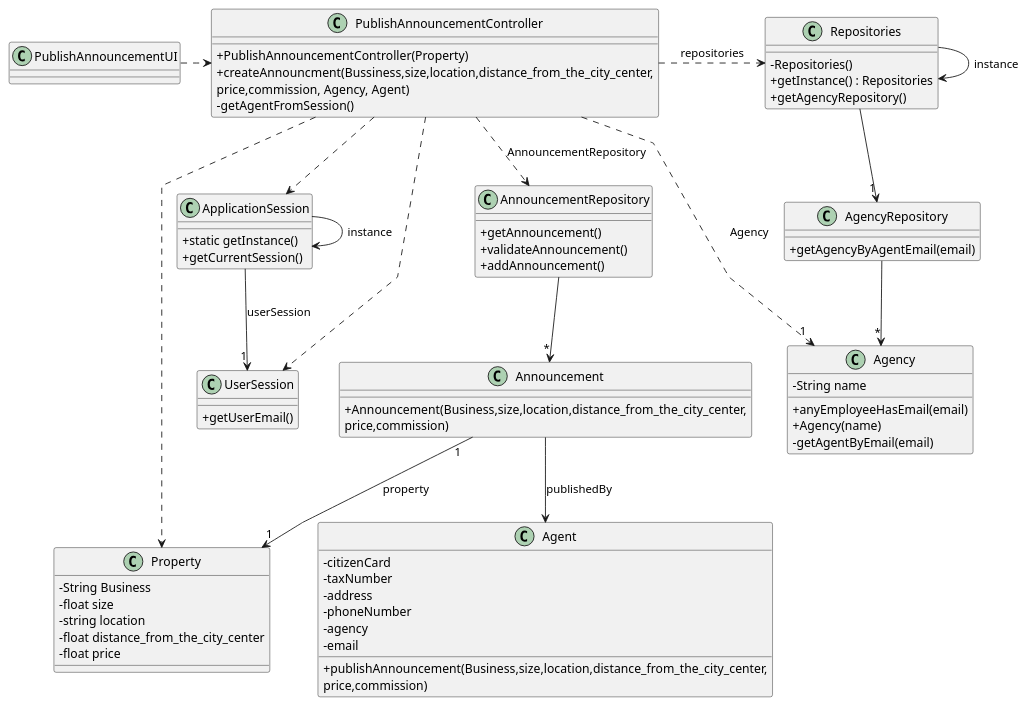
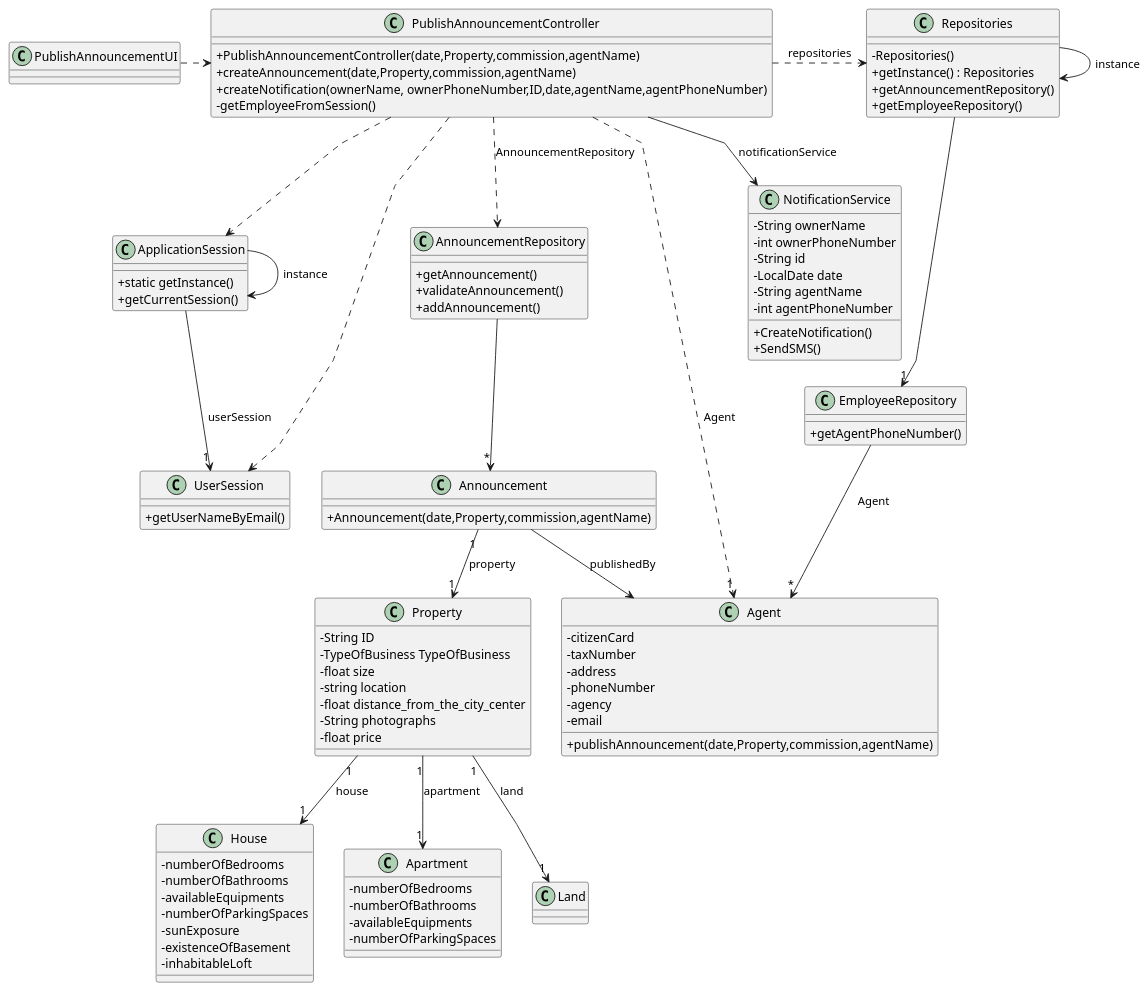
The diagram in docs/sprintD/US002/03.design/puml/US2_CD.puml (tiagohcorreia/LAPR2), drawn with PlantUML before and after one commit. The commit also changed 17 other files, not shown here.

```diff
--- a/docs/sprintD/US002/03.design/puml/US2_CD.puml
+++ b/docs/sprintD/US002/03.design/puml/US2_CD.puml
@@ -1,108 +1,141 @@
 @startuml
 'skinparam monochrome true
 skinparam packageStyle rectangle
 skinparam shadowing false
 skinparam linetype polyline
 'skinparam linetype orto
 
 skinparam classAttributeIconSize 0
 
 'left to right direction
 
 class PublishAnnouncementUI{
 }
 
 class PublishAnnouncementController {
-    + PublishAnnouncementController(Property)
-    + createAnnouncment(Bussiness,size,location,distance_from_the_city_center,\nprice,commission, Agency, Agent)
-    - getAgentFromSession()
+    + PublishAnnouncementController(date,Property,commission,agentName)
+    + createAnnouncement(date,Property,commission,agentName)
+    + createNotification(ownerName, ownerPhoneNumber,ID,date,agentName,agentPhoneNumber)
+    - getEmployeeFromSession()
 
 }
 
 class ApplicationSession
 {
     + static getInstance()
     + getCurrentSession()
 }
 
 class UserSession
 {
-    + getUserEmail()
+    + getUserNameByEmail()
 }
 
 
-class AgencyRepository {
-    + getAgencyByAgentEmail(email)
-}
 
-class Agency {
-    - String name
-    + anyEmployeeHasEmail(email)
-    + Agency(name)
-    - getAgentByEmail(email)
-}
 
 class Repositories {
     - Repositories()
     + getInstance() : Repositories
-    + getAgencyRepository()
+    + getAnnouncementRepository()
+    +getEmployeeRepository()
 }
 
 class AnnouncementRepository{
     +getAnnouncement()
     +validateAnnouncement()
     +addAnnouncement()
 }
+class EmployeeRepository{
+    +getAgentPhoneNumber()
+
+}
 
 class Announcement{
-    + Announcement(Business,size,location,distance_from_the_city_center,\nprice,commission)
+    + Announcement(date,Property,commission,agentName)
 
 }
 
 class Property{
-  -String Business
+  -String ID
+  -TypeOfBusiness TypeOfBusiness
   -float size
   -string location
   -float distance_from_the_city_center
+  -String photographs
   -float price
+
 }
+class House{
+    -numberOfBedrooms
+    -numberOfBathrooms
+    -availableEquipments
+    -numberOfParkingSpaces
+    -sunExposure
+    -existenceOfBasement
+    -inhabitableLoft
+
+}
+
+class Apartment{
+    -numberOfBedrooms
+    -numberOfBathrooms
+    -availableEquipments
+    -numberOfParkingSpaces
+}
+
+class Land{
+}
+
 
 
 
 class Agent {
     -citizenCard
     -taxNumber
     -address
     -phoneNumber
     -agency
     -email
-    +publishAnnouncement(Business,size,location,distance_from_the_city_center,\nprice,commission)
+    +publishAnnouncement(date,Property,commission,agentName)
 }
-
-
+class NotificationService{
+    -String ownerName
+    -int ownerPhoneNumber
+    -String id
+    -LocalDate date
+    -String agentName
+    -int agentPhoneNumber
+    +CreateNotification()
+    +SendSMS()
+}
 
 Repositories -> Repositories : instance
 ApplicationSession -> ApplicationSession : instance
 PublishAnnouncementController .> Repositories : repositories
 
-Repositories --> "1" AgencyRepository
+Repositories --> "1" EmployeeRepository
 
-AgencyRepository --> "*" Agency
+EmployeeRepository --> "*" Agent: Agent
 ApplicationSession --> "1" UserSession : userSession
 
-PublishAnnouncementController ..> "1" Agency : Agency
+PublishAnnouncementController ..> "1" Agent : Agent
 PublishAnnouncementController ..> ApplicationSession
 PublishAnnouncementController ..> UserSession
 
 PublishAnnouncementUI .> PublishAnnouncementController
 
-PublishAnnouncementController ..> Property
 
 PublishAnnouncementController ..> AnnouncementRepository : AnnouncementRepository
 
 AnnouncementRepository --> "*" Announcement
 
 Announcement "1" --> "1" Property: property
 
+Property "1" --> "1" House: house
+Property "1" --> "1" Apartment: apartment
+Property "1" --> "1" Land: land
+PublishAnnouncementController --> NotificationService: notificationService
+
 Announcement --> Agent : publishedBy
 @enduml
```
